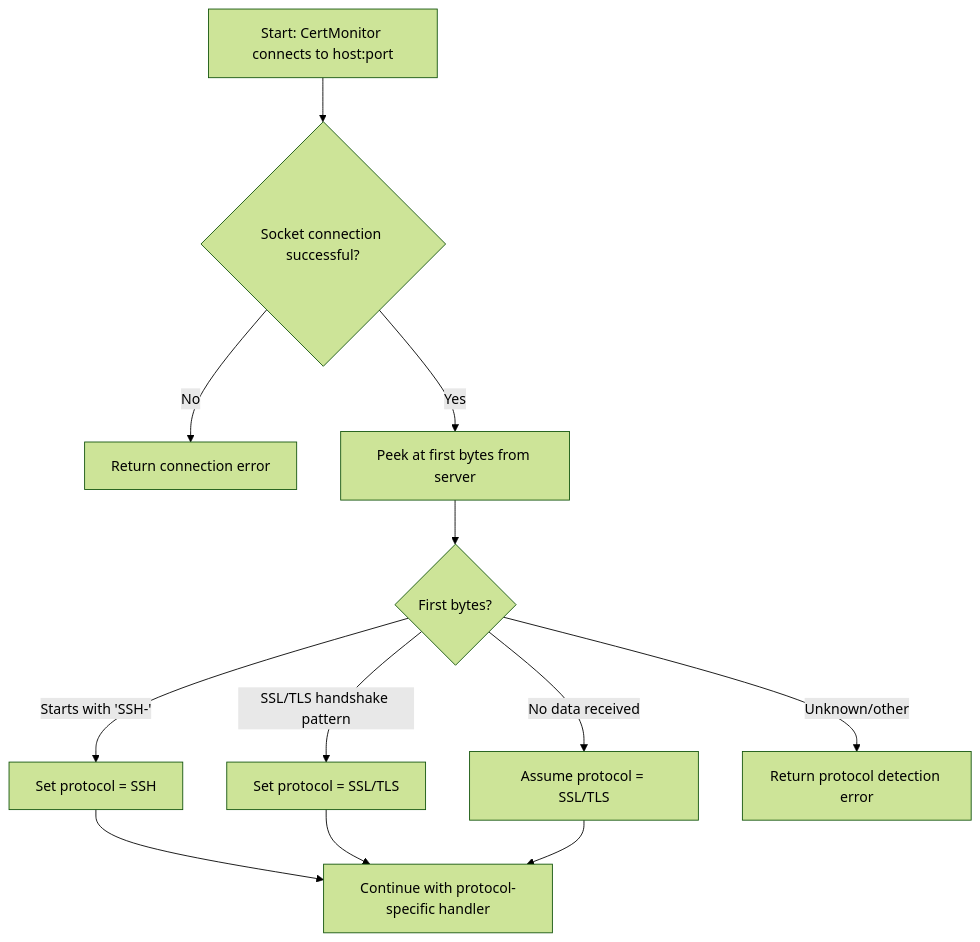
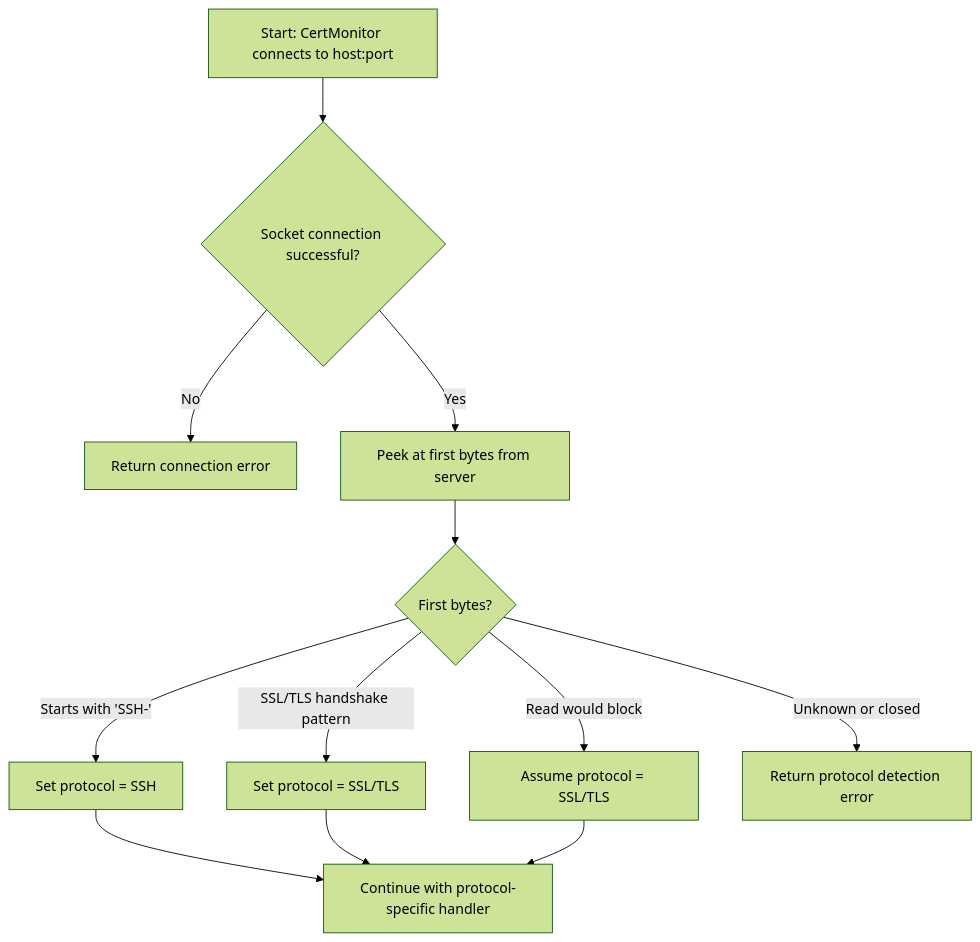
One commit to bradh11/certmonitor changed the first of 2 diagrams in docs/usage/protocol.md. Above: the diagram before and after it, drawn with Mermaid (forest theme). The commit also changed other lines of this file and 82 other files, not shown here.

````diff
--- a/docs/usage/protocol.md
+++ b/docs/usage/protocol.md
@@ -23,12 +23,12 @@
 ```mermaid
 flowchart TD
     A[Start: CertMonitor connects to host:port] --> B{Socket connection successful?}
     B -- No --> E[Return connection error]
     B -- Yes --> C[Peek at first bytes from server]
     C --> D{First bytes?}
     D -- Starts with 'SSH-' --> F[Set protocol = SSH]
     D -- SSL/TLS handshake pattern --> G[Set protocol = SSL/TLS]
-    D -- No data received --> H[Assume protocol = SSL/TLS]
-    D -- Unknown/other --> I[Return protocol detection error]
+    D -- Read would block --> H[Assume protocol = SSL/TLS]
+    D -- Unknown or closed --> I[Return protocol detection error]
     F & G & H --> J[Continue with protocol-specific handler]
 ```
````
